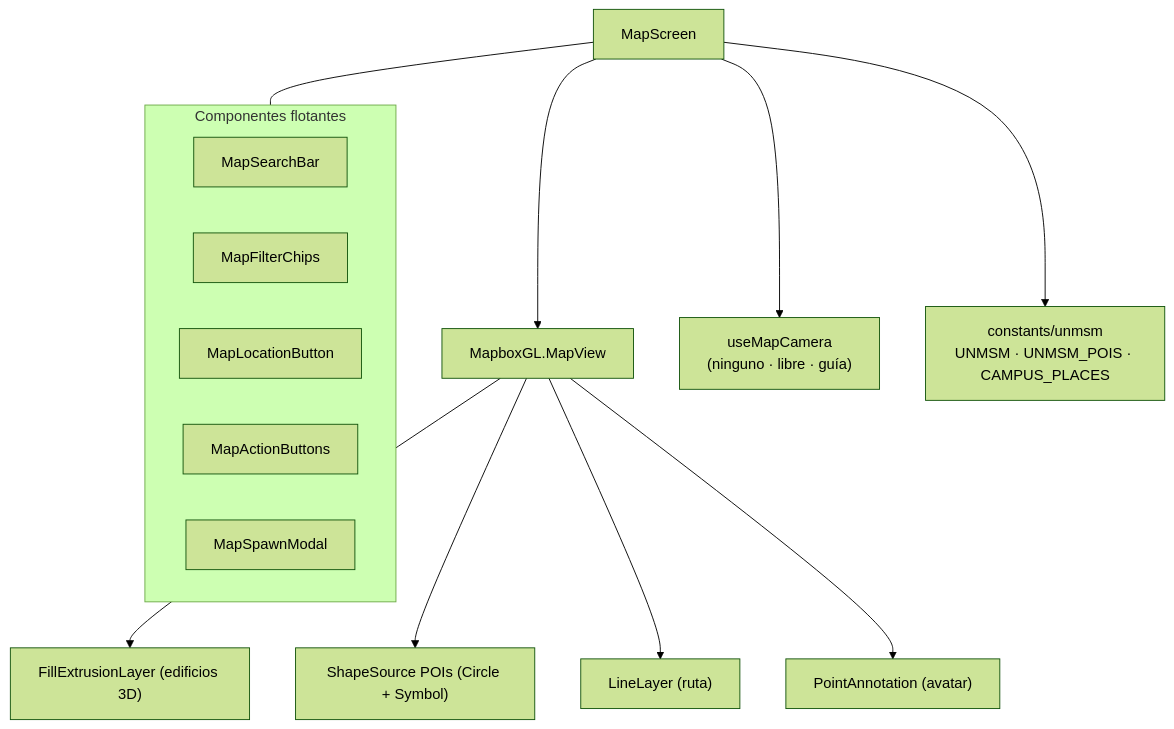
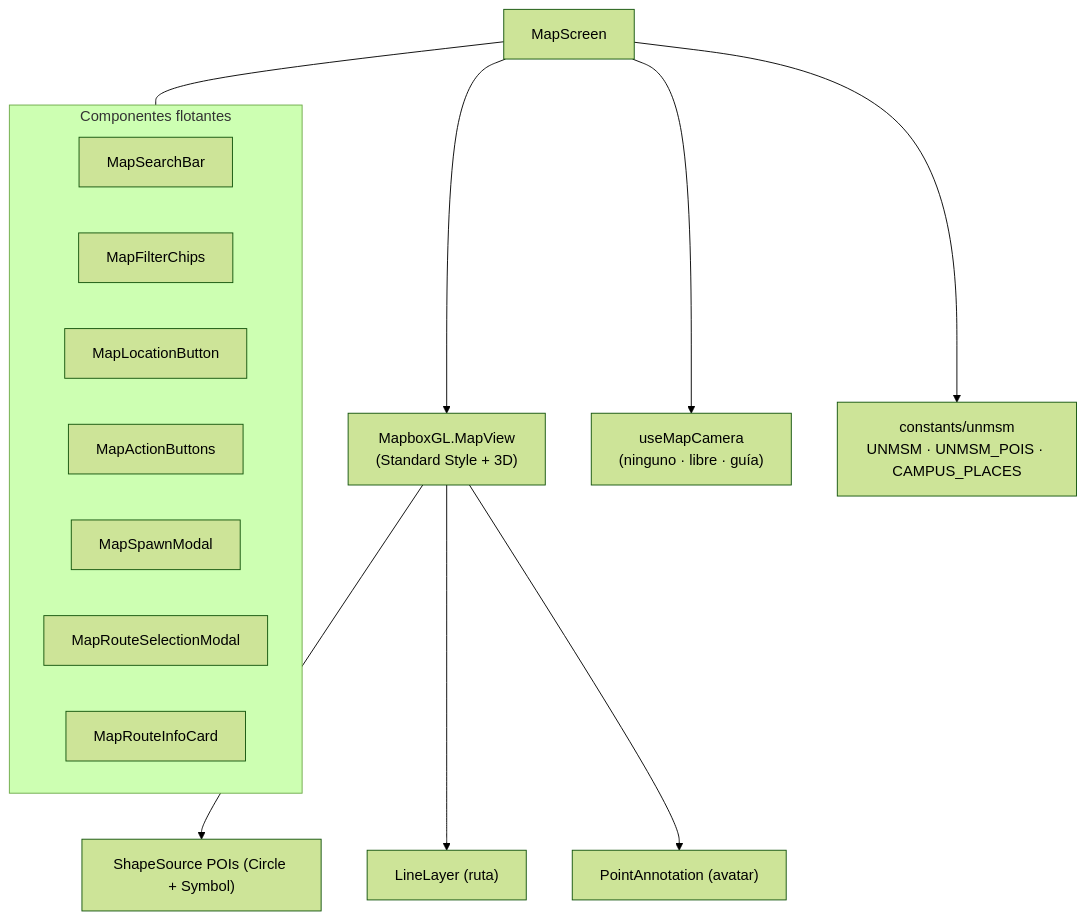
One commit to frank777ch/OndeSanMarcos changed the sixth of 6 diagrams in documents/02-frontend.md. Above: the diagram before and after it, drawn with Mermaid (forest theme). The commit also changed other lines of this file and 6 other files, not shown here.

````diff
--- a/documents/02-frontend.md
+++ b/documents/02-frontend.md
@@ -196,20 +197,21 @@
 ```mermaid
 graph TD
-    ms["MapScreen"] --> mbgl["MapboxGL.MapView"]
+    ms["MapScreen"] --> mbgl["MapboxGL.MapView<br/>(Standard Style + 3D)"]
     ms --> cam["useMapCamera<br/>(ninguno · libre · guía)"]
     ms --> consts["constants/unmsm<br/>UNMSM · UNMSM_POIS · CAMPUS_PLACES"]
 
     subgraph map_comps["Componentes flotantes"]
         sb["MapSearchBar"]
         fc["MapFilterChips"]
         lb["MapLocationButton"]
         ab["MapActionButtons"]
         sm["MapSpawnModal"]
+        rs["MapRouteSelectionModal"]
+        ri["MapRouteInfoCard"]
     end
     ms --- map_comps
 
-    mbgl --> b3d["FillExtrusionLayer (edificios 3D)"]
     mbgl --> poi["ShapeSource POIs (Circle + Symbol)"]
     mbgl --> route["LineLayer (ruta)"]
     mbgl --> avatar["PointAnnotation (avatar)"]
 ```
````
